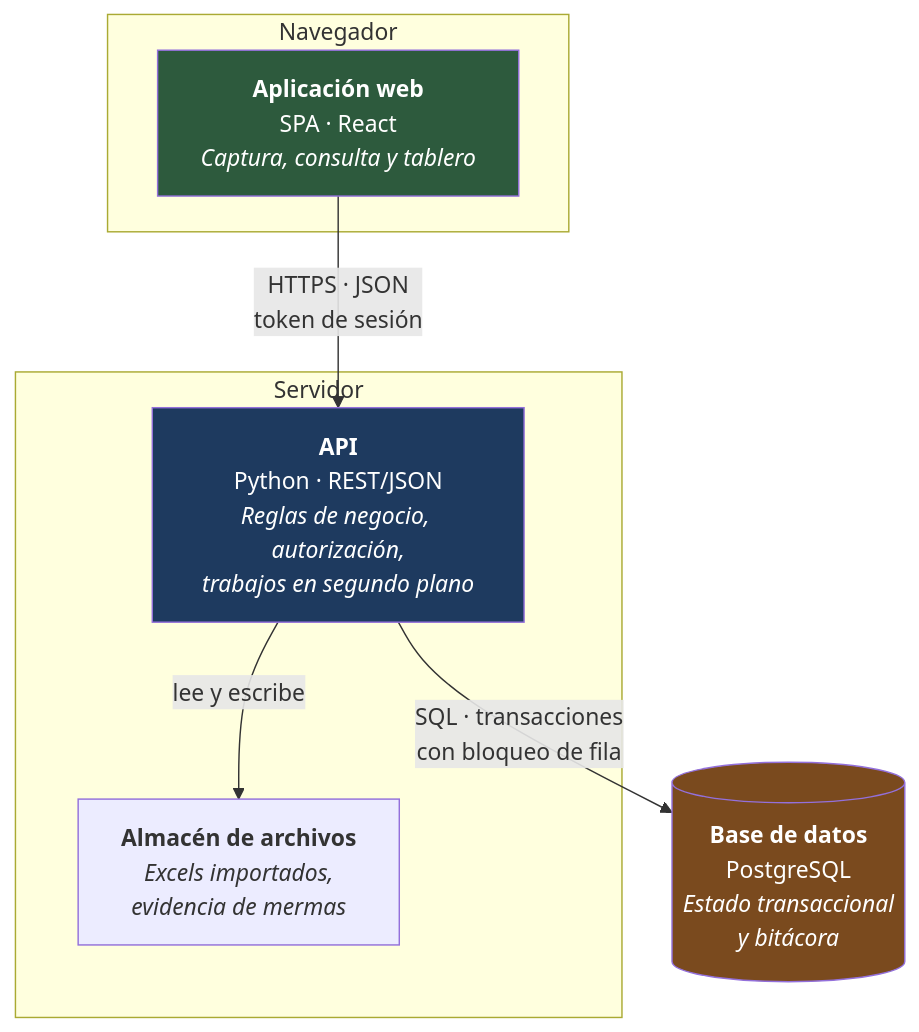
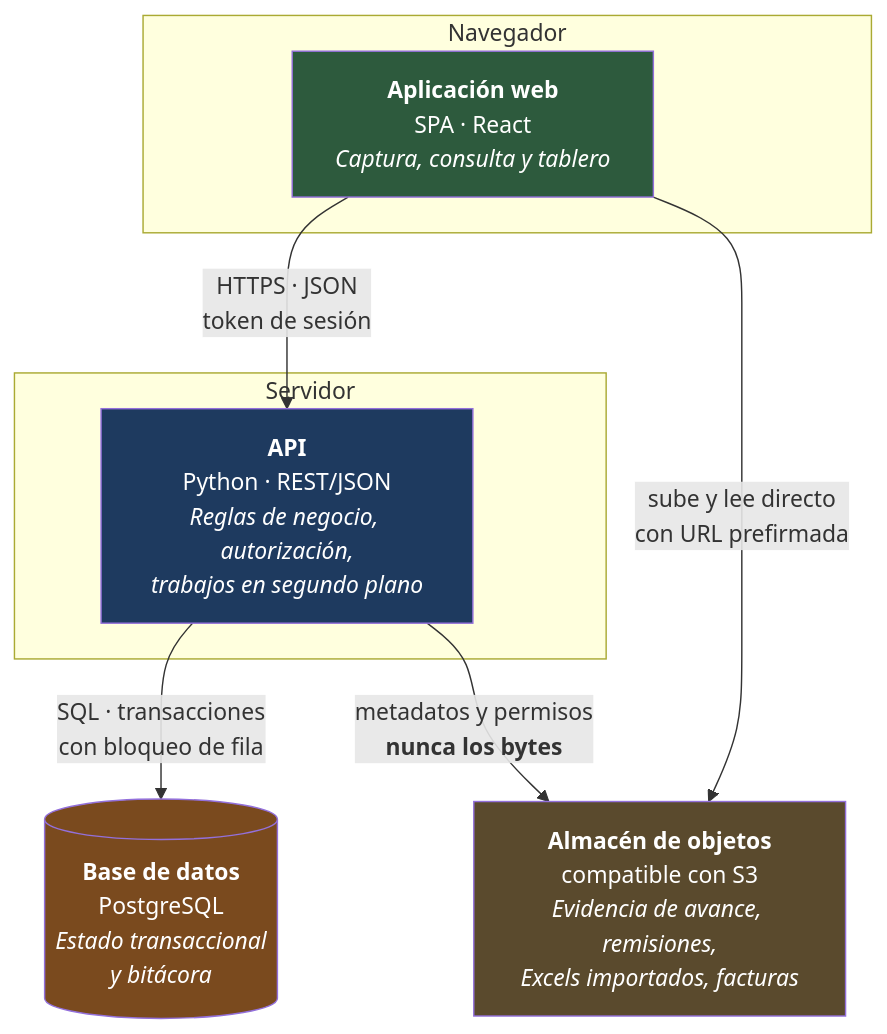
The second of 7 diagrams in docs/02-arquitectura.md (FranciscoRodSilva/IA4Devs-Proyecto-Final), drawn with Mermaid before and after one commit. The commit also changed other lines of this file and 12 other files, not shown here.

````diff
--- a/docs/02-arquitectura.md
+++ b/docs/02-arquitectura.md
@@ -121,21 +121,23 @@
 ```mermaid
 graph TB
     subgraph NAV["Navegador"]
         SPA["<b>Aplicación web</b><br/>SPA · React<br/><i>Captura, consulta y tablero</i>"]
     end
 
     subgraph SRV["Servidor"]
         API["<b>API</b><br/>Python · REST/JSON<br/><i>Reglas de negocio, autorización,<br/>trabajos en segundo plano</i>"]
-        FS["<b>Almacén de archivos</b><br/><i>Excels importados,<br/>evidencia de mermas</i>"]
     end
 
     DB[("<b>Base de datos</b><br/>PostgreSQL<br/><i>Estado transaccional<br/>y bitácora</i>")]
+    OBJ["<b>Almacén de objetos</b><br/>compatible con S3<br/><i>Evidencia de avance, remisiones,<br/>Excels importados, facturas</i>"]
 
     SPA -->|"HTTPS · JSON<br/>token de sesión"| API
     API -->|"SQL · transacciones<br/>con bloqueo de fila"| DB
-    API -->|"lee y escribe"| FS
+    API -->|"metadatos y permisos<br/><b>nunca los bytes</b>"| OBJ
+    SPA -->|"sube y lee directo<br/>con URL prefirmada"| OBJ
 
     style SPA fill:#2d5a3d,color:#fff
     style API fill:#1e3a5f,color:#fff
     style DB fill:#7a4a1e,color:#fff
+    style OBJ fill:#5a4a2d,color:#fff
 ```
````
